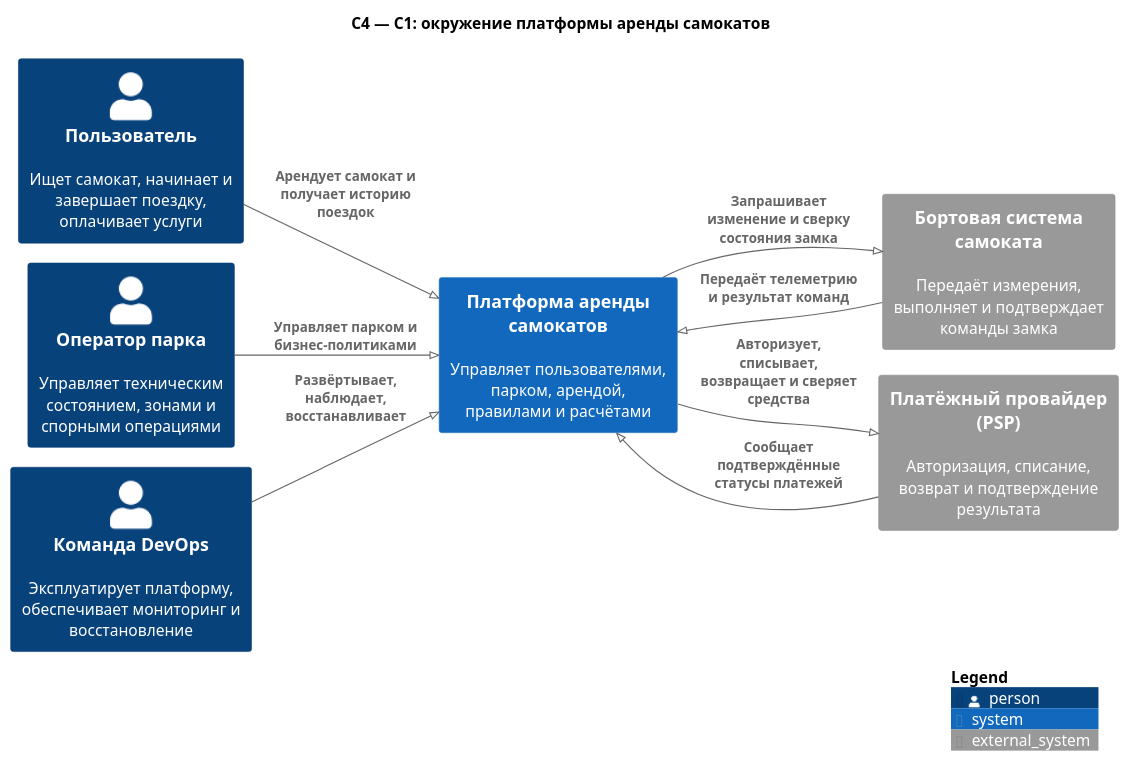
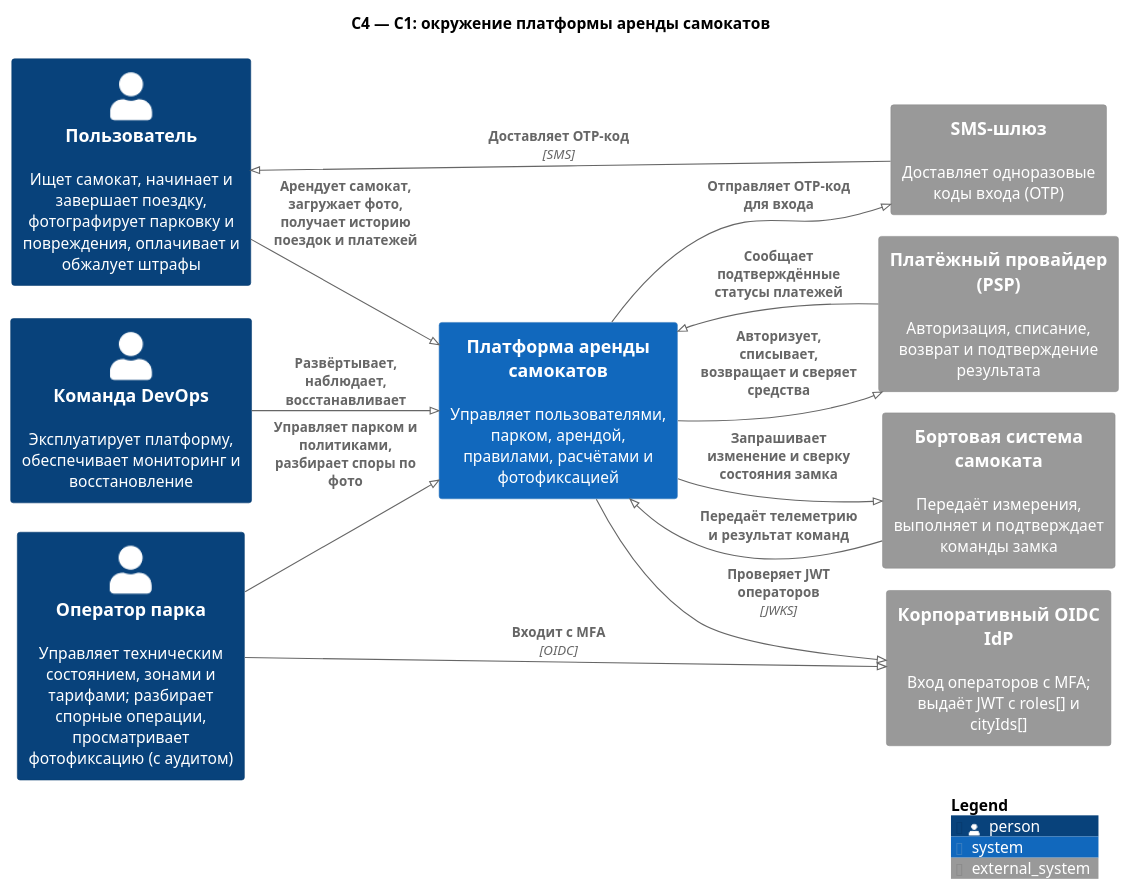
One commit to GBGodea/microservices-labs changed the diagram in diagrams/c4-context.puml. Above: the diagram before and after it, drawn with PlantUML. The commit also changed 84 other files, not shown here.

```diff
--- a/diagrams/c4-context.puml
+++ b/diagrams/c4-context.puml
@@ -1,23 +1,29 @@
 @startuml c4-context
 !pragma layout smetana
 !include <C4/C4_Context>
 title C4 — C1: окружение платформы аренды самокатов
 LAYOUT_LEFT_RIGHT()
 
-Person(rider, "Пользователь", "Ищет самокат, начинает и завершает поездку, оплачивает услуги")
-Person(operator, "Оператор парка", "Управляет техническим состоянием, зонами и спорными операциями")
+Person(rider, "Пользователь", "Ищет самокат, начинает и завершает поездку, фотографирует парковку и повреждения, оплачивает и обжалует штрафы")
+Person(operator, "Оператор парка", "Управляет техническим состоянием, зонами и тарифами; разбирает спорные операции, просматривает фотофиксацию (с аудитом)")
 Person(devops, "Команда DevOps", "Эксплуатирует платформу, обеспечивает мониторинг и восстановление")
-System(platform, "Платформа аренды самокатов", "Управляет пользователями, парком, арендой, правилами и расчётами")
+System(platform, "Платформа аренды самокатов", "Управляет пользователями, парком, арендой, правилами, расчётами и фотофиксацией")
 System_Ext(scooter, "Бортовая система самоката", "Передаёт измерения, выполняет и подтверждает команды замка")
 System_Ext(psp, "Платёжный провайдер (PSP)", "Авторизация, списание, возврат и подтверждение результата")
+System_Ext(sms, "SMS-шлюз", "Доставляет одноразовые коды входа (OTP)")
+System_Ext(idp, "Корпоративный OIDC IdP", "Вход операторов с MFA; выдаёт JWT с roles[] и cityIds[]")
 
-Rel(rider, platform, "Арендует самокат и получает историю поездок")
-Rel(operator, platform, "Управляет парком и бизнес-политиками")
+Rel(rider, platform, "Арендует самокат, загружает фото, получает историю поездок и платежей")
+Rel(operator, platform, "Управляет парком и политиками, разбирает споры по фото")
 Rel(devops, platform, "Развёртывает, наблюдает, восстанавливает")
 Rel(platform, scooter, "Запрашивает изменение и сверку состояния замка")
 Rel(scooter, platform, "Передаёт телеметрию и результат команд")
 Rel(platform, psp, "Авторизует, списывает, возвращает и сверяет средства")
 Rel(psp, platform, "Сообщает подтверждённые статусы платежей")
+Rel(platform, sms, "Отправляет OTP-код для входа")
+Rel(sms, rider, "Доставляет OTP-код", "SMS")
+Rel(operator, idp, "Входит с MFA", "OIDC")
+Rel(platform, idp, "Проверяет JWT операторов", "JWKS")
 
 SHOW_LEGEND()
 @enduml
```
